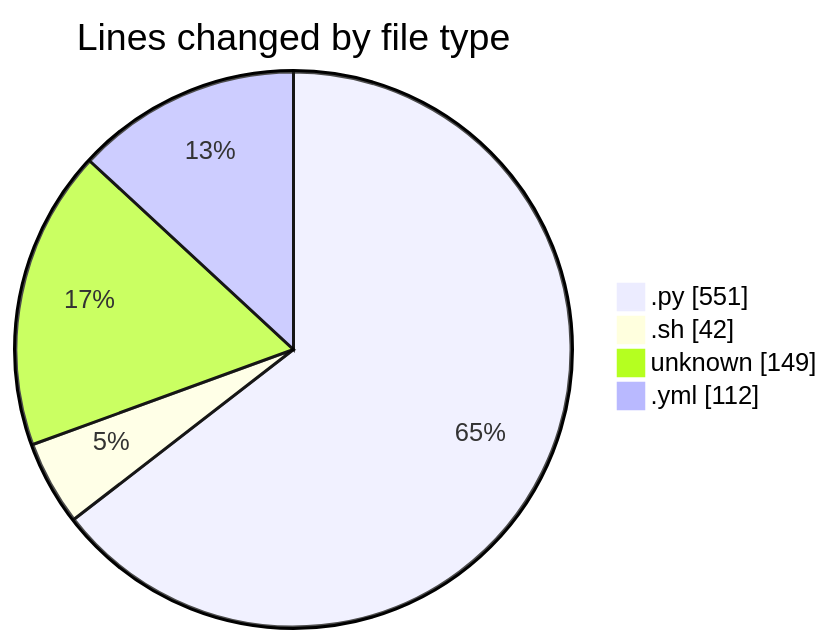
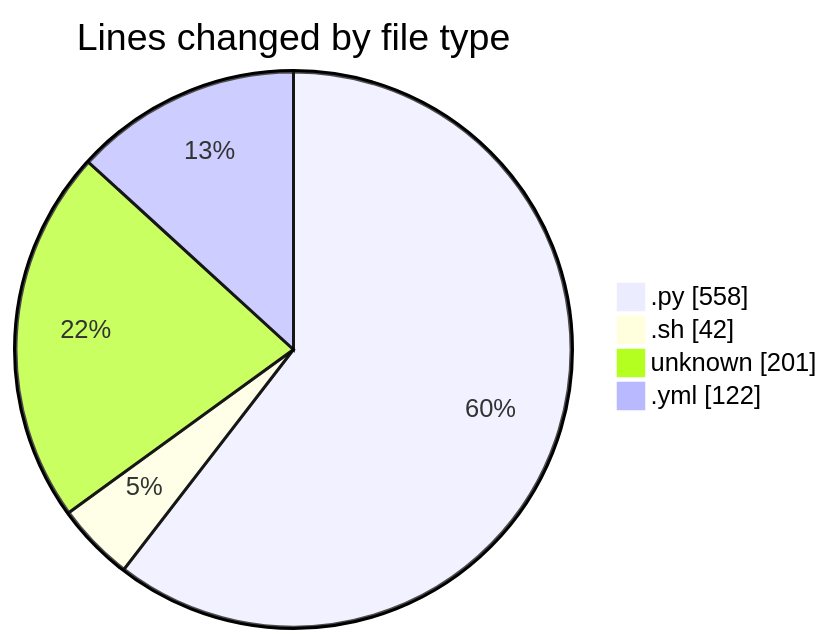
One commit to Elitesun/code-tracking changed the first of 2 diagrams in 2025-05-14/niten/README.md. Above: the diagram before and after it, drawn with Mermaid. The commit also changed other lines of this file and 1 other file, not shown here.

````diff
--- a/2025-05-14/niten/README.md
+++ b/2025-05-14/niten/README.md
@@ -30,8 +30,8 @@
 ```mermaid
 pie showData
 title Lines changed by file type
-".py" : 551
+".py" : 558
 ".sh" : 42
-"unknown" : 149
-".yml" : 112
+"unknown" : 201
+".yml" : 122
 ```
````
